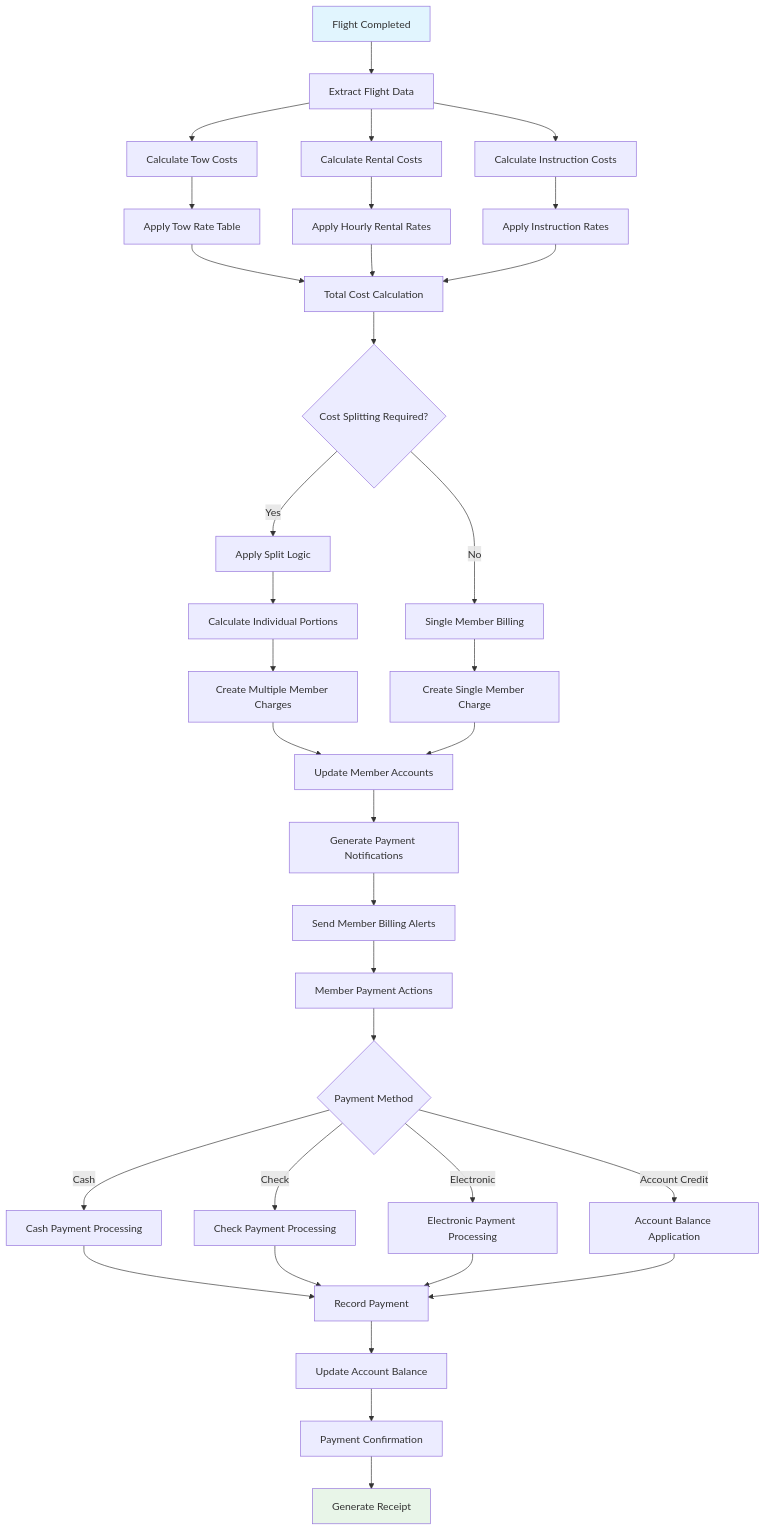
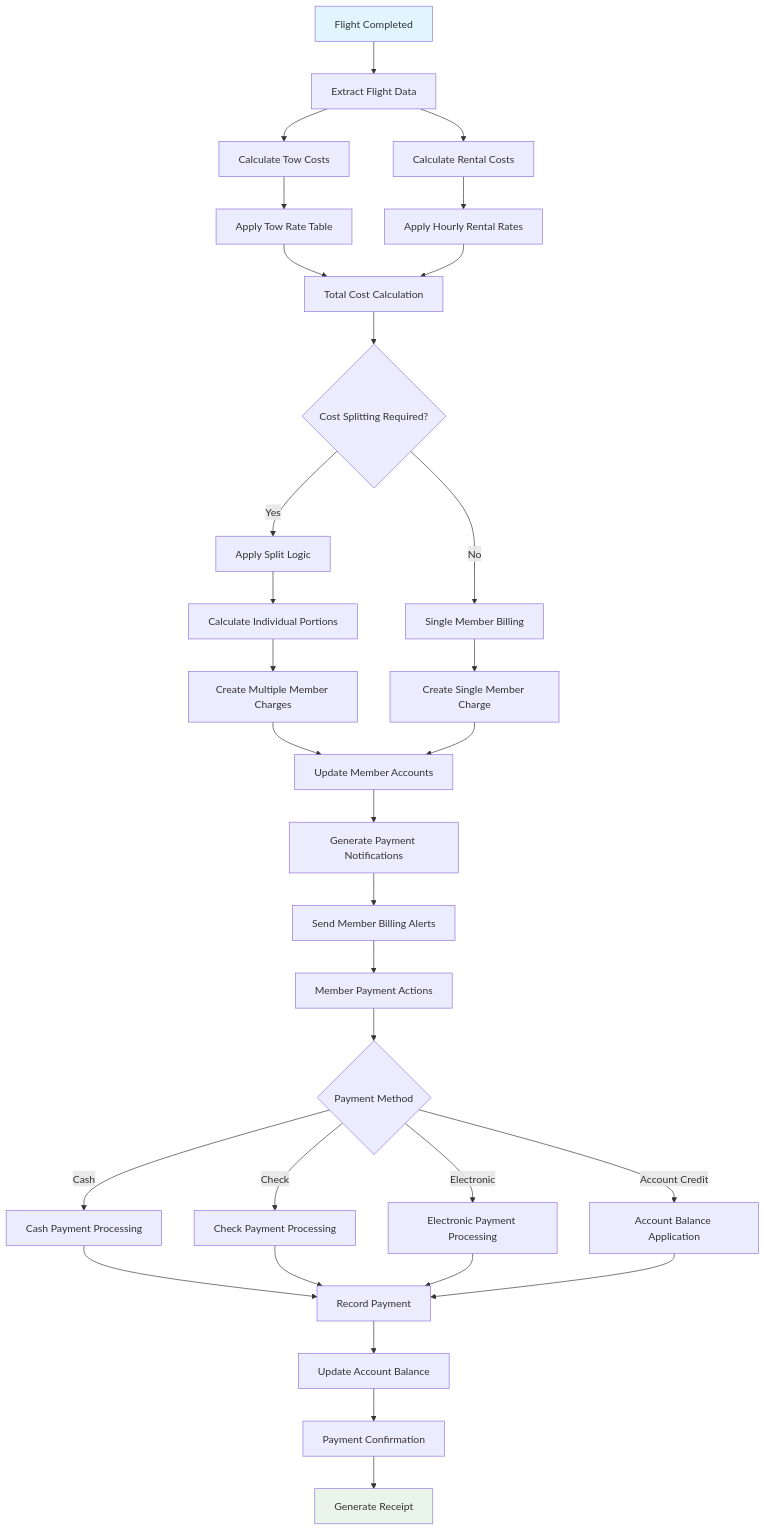
Before and after one commit to pietbarber/Manage2Soar: the first of 11 diagrams in docs/workflows/07-payment-workflow.md, drawn with Mermaid. The commit also changed other lines of this file and 2 other files, not shown here.

Commit message:
removed fibs about charging for instructon (ground and flight). Removed one ERD entry.

````diff
--- a/docs/workflows/07-payment-workflow.md
+++ b/docs/workflows/07-payment-workflow.md
@@ -16,49 +16,46 @@
 ```mermaid
 flowchart TD
     A[Flight Completed] --> B[Extract Flight Data]
     B --> C[Calculate Tow Costs]
     B --> D[Calculate Rental Costs]
-    B --> E[Calculate Instruction Costs]
     
     C --> F[Apply Tow Rate Table]
     D --> G[Apply Hourly Rental Rates]
-    E --> H[Apply Instruction Rates]
     
     F --> I[Total Cost Calculation]
     G --> I
-    H --> I
     
     I --> J{Cost Splitting Required?}
     J -->|Yes| K[Apply Split Logic]
     J -->|No| L[Single Member Billing]
     
     K --> M[Calculate Individual Portions]
     M --> N[Create Multiple Member Charges]
     
     L --> O[Create Single Member Charge]
     N --> P[Update Member Accounts]
     O --> P
     
     P --> Q[Generate Payment Notifications]
     Q --> R[Send Member Billing Alerts]
     
     R --> S[Member Payment Actions]
     S --> T{Payment Method}
     
     T -->|Cash| U[Cash Payment Processing]
     T -->|Check| V[Check Payment Processing]
     T -->|Electronic| W[Electronic Payment Processing]
     T -->|Account Credit| X[Account Balance Application]
     
     U --> Y[Record Payment]
     V --> Y
     W --> Y
     X --> Y
     
     Y --> Z[Update Account Balance]
     Z --> AA[Payment Confirmation]
     AA --> BB[Generate Receipt]
     
     style A fill:#e1f5fe
     style BB fill:#e8f5e8
 ```
````
